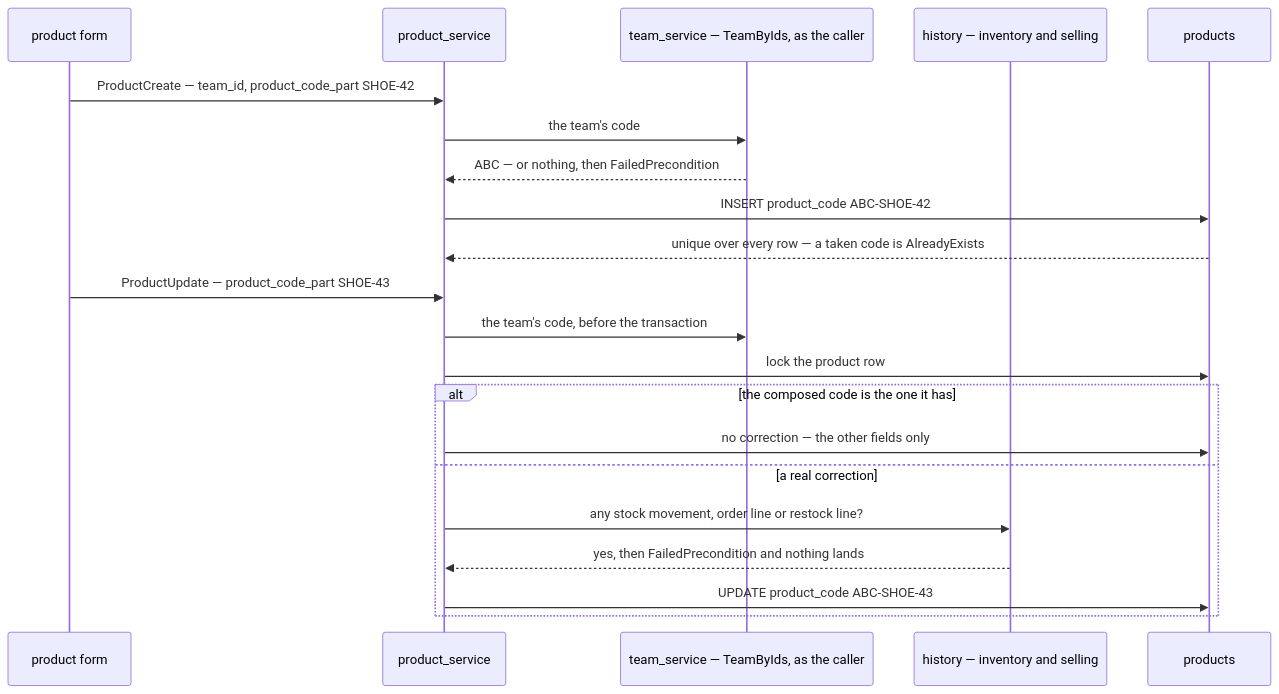
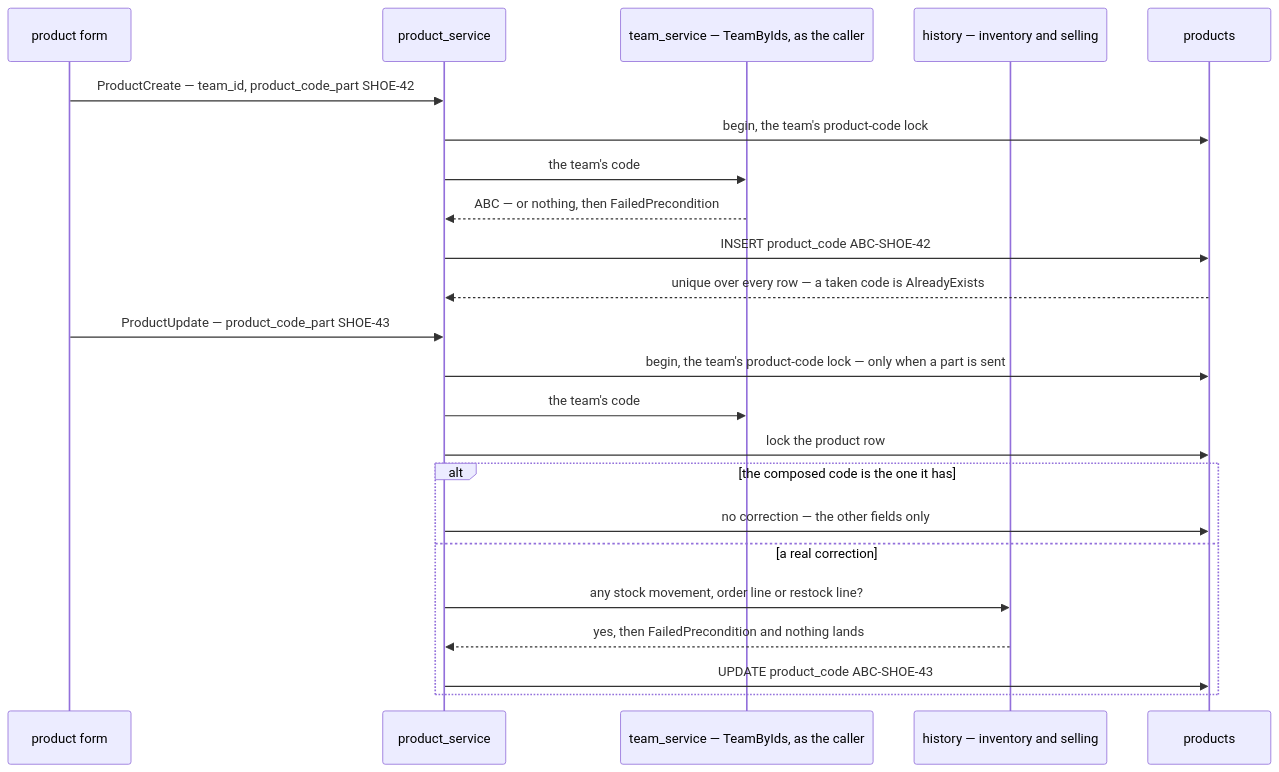
One commit to pdcgo/warehouse_revamp changed the first of 8 diagrams in docs/services/product_service/rpc.md. Above: the diagram before and after it, drawn with Mermaid. The commit also changed other lines of this file and 462 other files, not shown here.

````diff
--- a/docs/services/product_service/rpc.md
+++ b/docs/services/product_service/rpc.md
@@ -20,23 +23,25 @@
 ```mermaid
 sequenceDiagram
   participant UI as product form
   participant P as product_service
   participant T as team_service — TeamByIds, as the caller
   participant H as history — inventory and selling
   participant DB as products
   UI->>P: ProductCreate — team_id, product_code_part SHOE-42
+  P->>DB: begin, the team's product-code lock
   P->>T: the team's code
   T-->>P: ABC — or nothing, then FailedPrecondition
   P->>DB: INSERT product_code ABC-SHOE-42
   DB-->>P: unique over every row — a taken code is AlreadyExists
   UI->>P: ProductUpdate — product_code_part SHOE-43
-  P->>T: the team's code, before the transaction
+  P->>DB: begin, the team's product-code lock — only when a part is sent
+  P->>T: the team's code
   P->>DB: lock the product row
   alt the composed code is the one it has
     P->>DB: no correction — the other fields only
   else a real correction
     P->>H: any stock movement, order line or restock line?
     H-->>P: yes, then FailedPrecondition and nothing lands
     P->>DB: UPDATE product_code ABC-SHOE-43
   end
 ```
````
